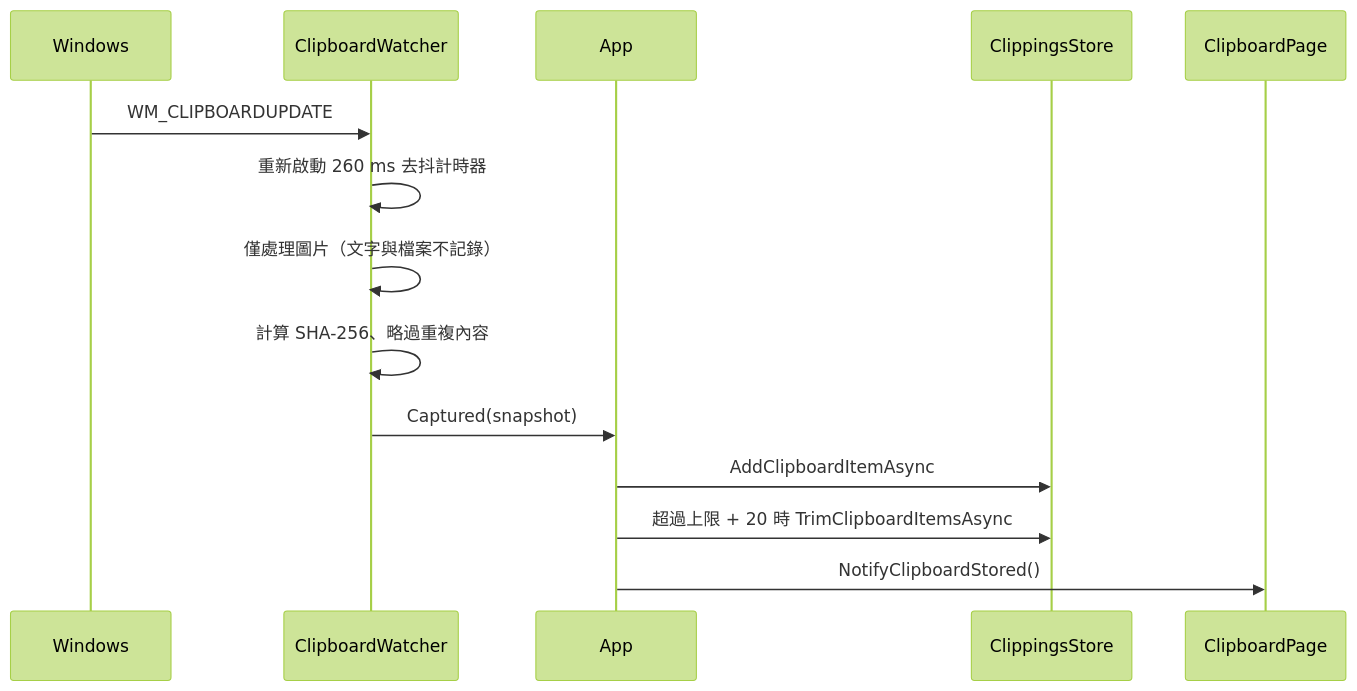
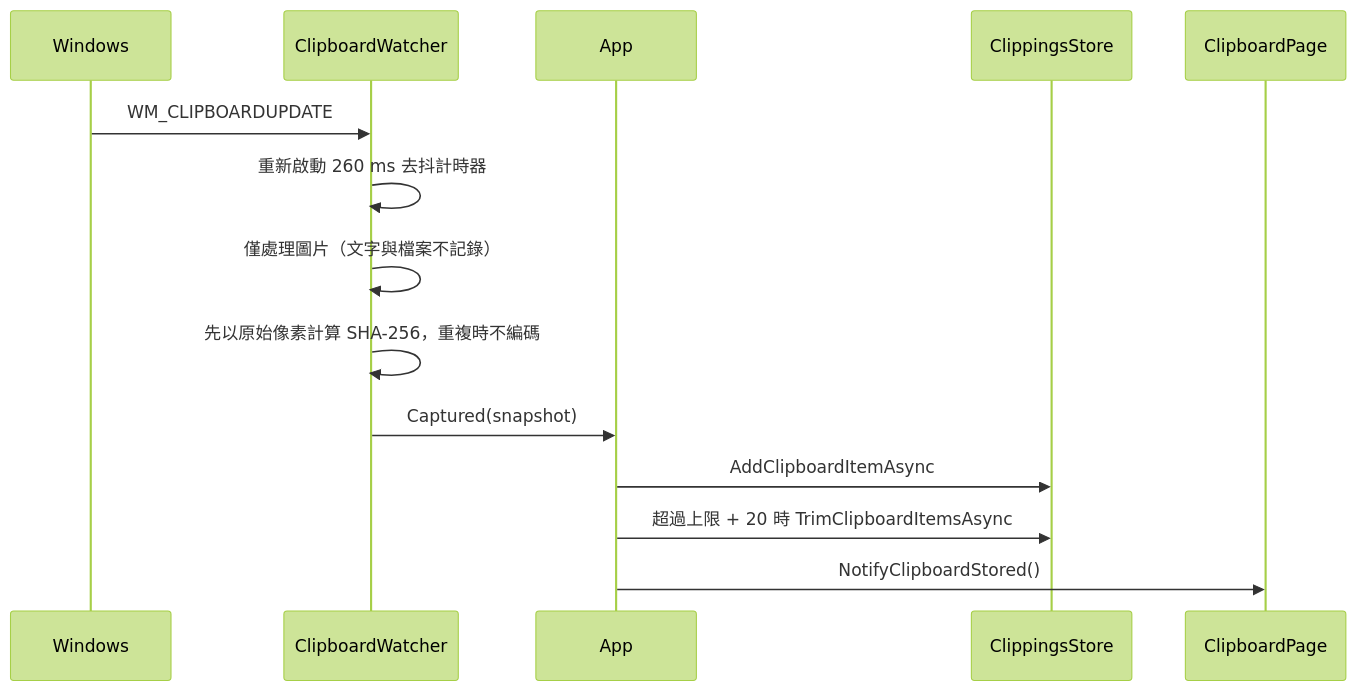
Before and after one commit to mark216tw/win-clippings-01: the fifth of 8 diagrams in docs/ARCHITECTURE.md, drawn with Mermaid (forest theme). The commit also changed other lines of this file and 64 other files, not shown here.

````diff
--- a/docs/ARCHITECTURE.md
+++ b/docs/ARCHITECTURE.md
@@ -162,17 +203,17 @@
 ```mermaid
 sequenceDiagram
     participant OS as Windows
     participant CW as ClipboardWatcher
     participant APP as App
     participant DB as ClippingsStore
     participant UI as ClipboardPage
 
     OS->>CW: WM_CLIPBOARDUPDATE
     CW->>CW: 重新啟動 260 ms 去抖計時器
     CW->>CW: 僅處理圖片（文字與檔案不記錄）
-    CW->>CW: 計算 SHA-256、略過重複內容
+    CW->>CW: 先以原始像素計算 SHA-256，重複時不編碼
     CW->>APP: Captured(snapshot)
     APP->>DB: AddClipboardItemAsync
     APP->>DB: 超過上限 + 20 時 TrimClipboardItemsAsync
     APP->>UI: NotifyClipboardStored()
 ```
````
